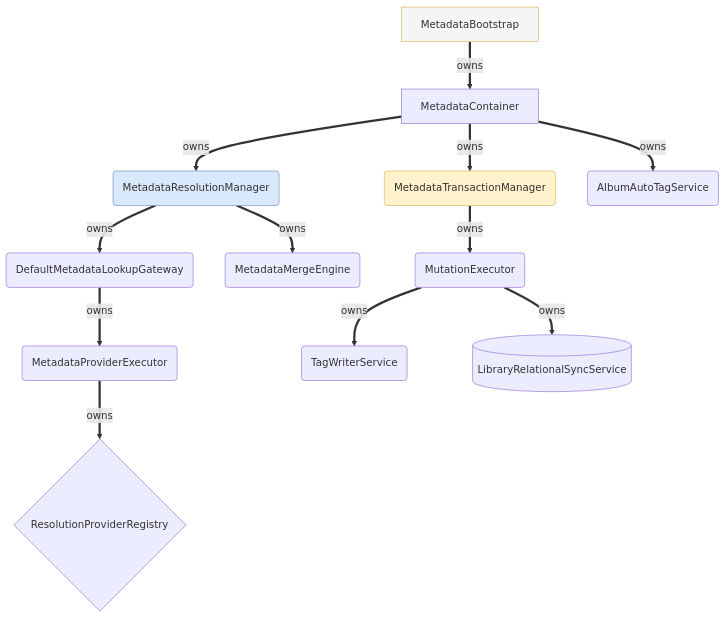
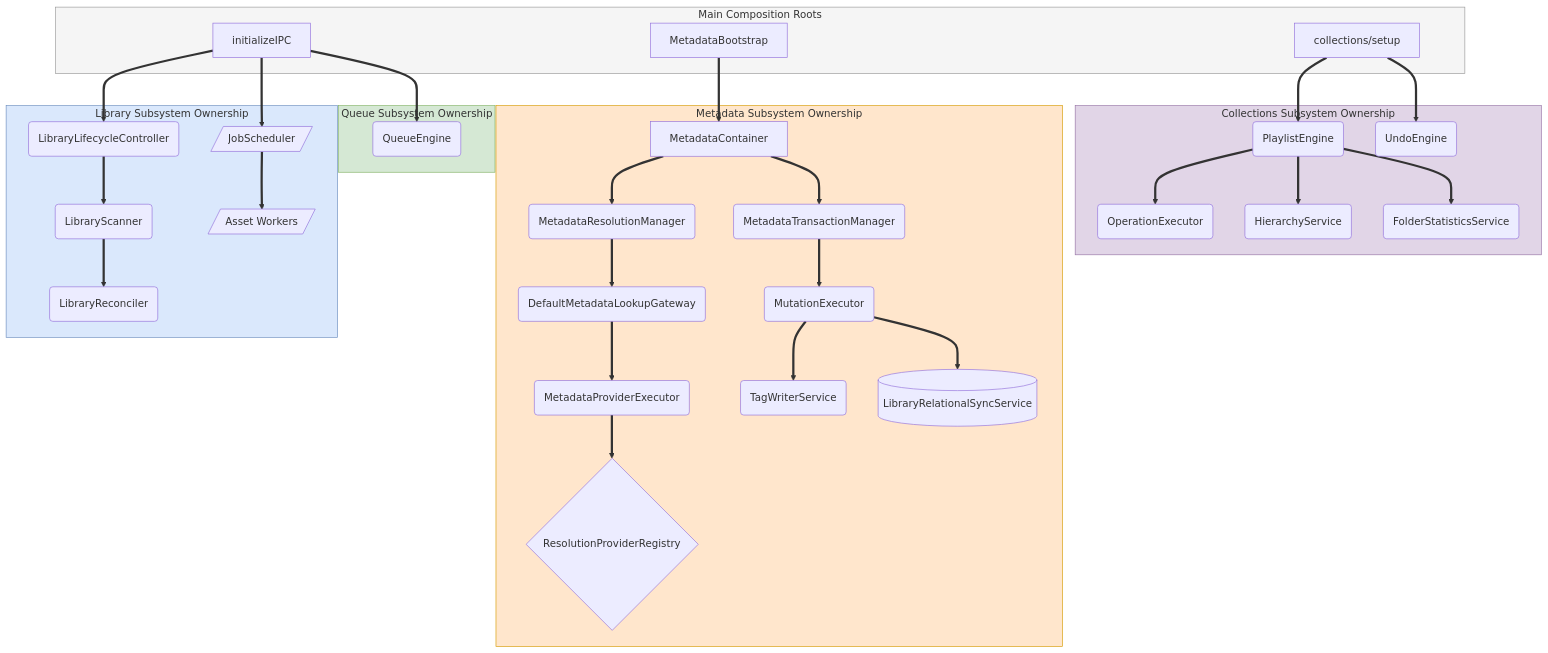
The second of 2 diagrams in architecture/02_Dependency_Rules.md (vnyvk2/Sita), drawn with Mermaid before and after one commit. The commit also changed other lines of this file and 14 other files, not shown here.

Commit message:
docs(architecture): complete Nora Architecture Atlas and comprehensive subsystem graphs

````diff
--- a/architecture/02_Dependency_Rules.md
+++ b/architecture/02_Dependency_Rules.md
@@ -48,22 +62,46 @@
 ```mermaid
 graph TD
-    Bootstrap[MetadataBootstrap] ==>|owns| Container[MetadataContainer]
+    subgraph MainRoot ["Main Composition Roots"]
+        InitIPC[initializeIPC]
+        MetaBoot[MetadataBootstrap]
+        CollBoot[collections/setup]
+    end
 
-    Container ==>|owns| ResMgr(MetadataResolutionManager)
-    Container ==>|owns| TxMgr(MetadataTransactionManager)
-    Container ==>|owns| AutoTagSvc(AlbumAutoTagService)
+    subgraph LibraryOwners ["Library Subsystem Ownership"]
+        InitIPC ==> Lifecycle(LibraryLifecycleController)
+        Lifecycle ==> Scanner(LibraryScanner)
+        Scanner ==> Reconciler(LibraryReconciler)
+        InitIPC ==> Scheduler[/JobScheduler/]
+        Scheduler ==> Workers[/Asset Workers/]
+    end
 
-    ResMgr ==>|owns| LookupGW(DefaultMetadataLookupGateway)
-    ResMgr ==>|owns| MergeEngine(MetadataMergeEngine)
+    subgraph MetadataOwners ["Metadata Subsystem Ownership"]
+        MetaBoot ==> MetaContainer[MetadataContainer]
+        MetaContainer ==> ResMgr(MetadataResolutionManager)
+        MetaContainer ==> TxMgr(MetadataTransactionManager)
+        ResMgr ==> LookupGW(DefaultMetadataLookupGateway)
+        LookupGW ==> ProvExec(MetadataProviderExecutor)
+        ProvExec ==> ResReg{ResolutionProviderRegistry}
+        TxMgr ==> MutExec(MutationExecutor)
+        MutExec ==> TagWriter(TagWriterService)
+        MutExec ==> DBSync[(LibraryRelationalSyncService)]
+    end
 
-    LookupGW ==>|owns| ProvExec(MetadataProviderExecutor)
-    ProvExec ==>|owns| ResReg{ResolutionProviderRegistry}
+    subgraph CollectionsOwners ["Collections Subsystem Ownership"]
+        CollBoot ==> PlEngine(PlaylistEngine)
+        CollBoot ==> UndoEng(UndoEngine)
+        PlEngine ==> OpExec(OperationExecutor)
+        PlEngine ==> Hierarchy(HierarchyService)
+        PlEngine ==> FolderStats(FolderStatisticsService)
+    end
 
-    TxMgr ==>|owns| MutExec(MutationExecutor)
-    MutExec ==>|owns| TagWriter(TagWriterService)
-    MutExec ==>|owns| DBSync[(LibraryRelationalSyncService)]
+    subgraph QueueOwners ["Queue Subsystem Ownership"]
+        InitIPC ==> QEngine(QueueEngine)
+    end
 
-    style Bootstrap fill:#f5f5f5,stroke:#d6b656
-    style ResMgr fill:#dae8fc,stroke:#6c8ebf
-    style TxMgr fill:#fff2cc,stroke:#d6b656
+    style MainRoot fill:#f5f5f5,stroke:#999999
+    style LibraryOwners fill:#dae8fc,stroke:#6c8ebf
+    style MetadataOwners fill:#ffe6cc,stroke:#d79b00
+    style CollectionsOwners fill:#e1d5e7,stroke:#9673a6
+    style QueueOwners fill:#d5e8d4,stroke:#82b366
 ```
````
